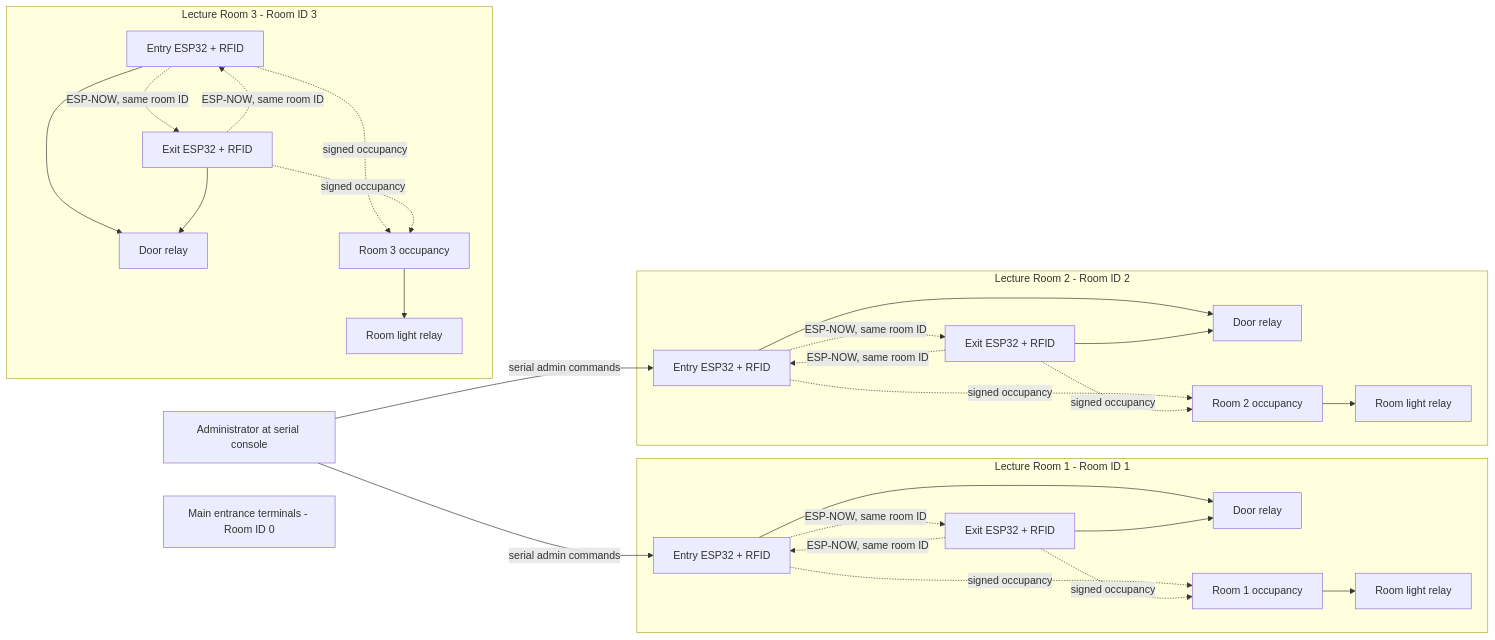
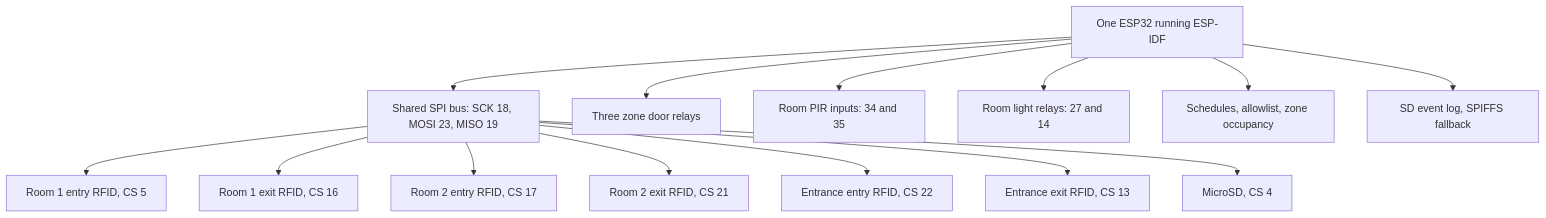
One commit to helen-liz/COCIS-SMART-SYSTEM changed the first of 2 diagrams in docs/system-diagrams.md. Above: the diagram before and after it, drawn with Mermaid. The commit also changed other lines of this file and 11 other files, not shown here.

Commit message:
one micro controller

````diff
--- a/docs/system-diagrams.md
+++ b/docs/system-diagrams.md
@@ -20,46 +18,18 @@
 ```mermaid
-flowchart LR
-    Admin[Administrator at serial console]
-    subgraph R1[Lecture Room 1 - Room ID 1]
-        R1IN[Entry ESP32 + RFID]
-        R1OUT[Exit ESP32 + RFID]
-        R1REL[Door relay]
-        R1LIGHT[Room light relay]
-        R1IN --> R1REL
-        R1OUT --> R1REL
-        R1IN -. signed occupancy .-> R1COUNT[Room 1 occupancy]
-        R1OUT -. signed occupancy .-> R1COUNT
-        R1COUNT --> R1LIGHT
-    end
-    subgraph R2[Lecture Room 2 - Room ID 2]
-        R2IN[Entry ESP32 + RFID]
-        R2OUT[Exit ESP32 + RFID]
-        R2REL[Door relay]
-        R2LIGHT[Room light relay]
-        R2IN --> R2REL
-        R2OUT --> R2REL
-        R2IN -. signed occupancy .-> R2COUNT[Room 2 occupancy]
-        R2OUT -. signed occupancy .-> R2COUNT
-        R2COUNT --> R2LIGHT
-    end
-    subgraph R3[Lecture Room 3 - Room ID 3]
-        R3IN[Entry ESP32 + RFID]
-        R3OUT[Exit ESP32 + RFID]
-        R3REL[Door relay]
-        R3LIGHT[Room light relay]
-        R3IN --> R3REL
-        R3OUT --> R3REL
-        R3IN -. signed occupancy .-> R3COUNT[Room 3 occupancy]
-        R3OUT -. signed occupancy .-> R3COUNT
-        R3COUNT --> R3LIGHT
-    end
-    ENTRANCE[Main entrance terminals - Room ID 0]
-    Admin -->|serial admin commands| R1IN
-    Admin -->|serial admin commands| R2IN
-    R1IN -. ESP-NOW, same room ID .-> R1OUT
-    R1OUT -. ESP-NOW, same room ID .-> R1IN
-    R2IN -. ESP-NOW, same room ID .-> R2OUT
-    R2OUT -. ESP-NOW, same room ID .-> R2IN
-    R3IN -. ESP-NOW, same room ID .-> R3OUT
-    R3OUT -. ESP-NOW, same room ID .-> R3IN
+flowchart TB
+    ESP[One ESP32 running ESP-IDF]
+    SPI[Shared SPI bus: SCK 18, MOSI 23, MISO 19]
+    ESP --> SPI
+    SPI --> R1E[Room 1 entry RFID, CS 5]
+    SPI --> R1X[Room 1 exit RFID, CS 16]
+    SPI --> R2E[Room 2 entry RFID, CS 17]
+    SPI --> R2X[Room 2 exit RFID, CS 21]
+    SPI --> ME[Entrance entry RFID, CS 22]
+    SPI --> MX[Entrance exit RFID, CS 13]
+    SPI --> SD[MicroSD, CS 4]
+    ESP --> D[Three zone door relays]
+    ESP --> PIR[Room PIR inputs: 34 and 35]
+    ESP --> L[Room light relays: 27 and 14]
+    ESP --> NVS[Schedules, allowlist, zone occupancy]
+    ESP --> LOG[SD event log, SPIFFS fallback]
 ```
````
